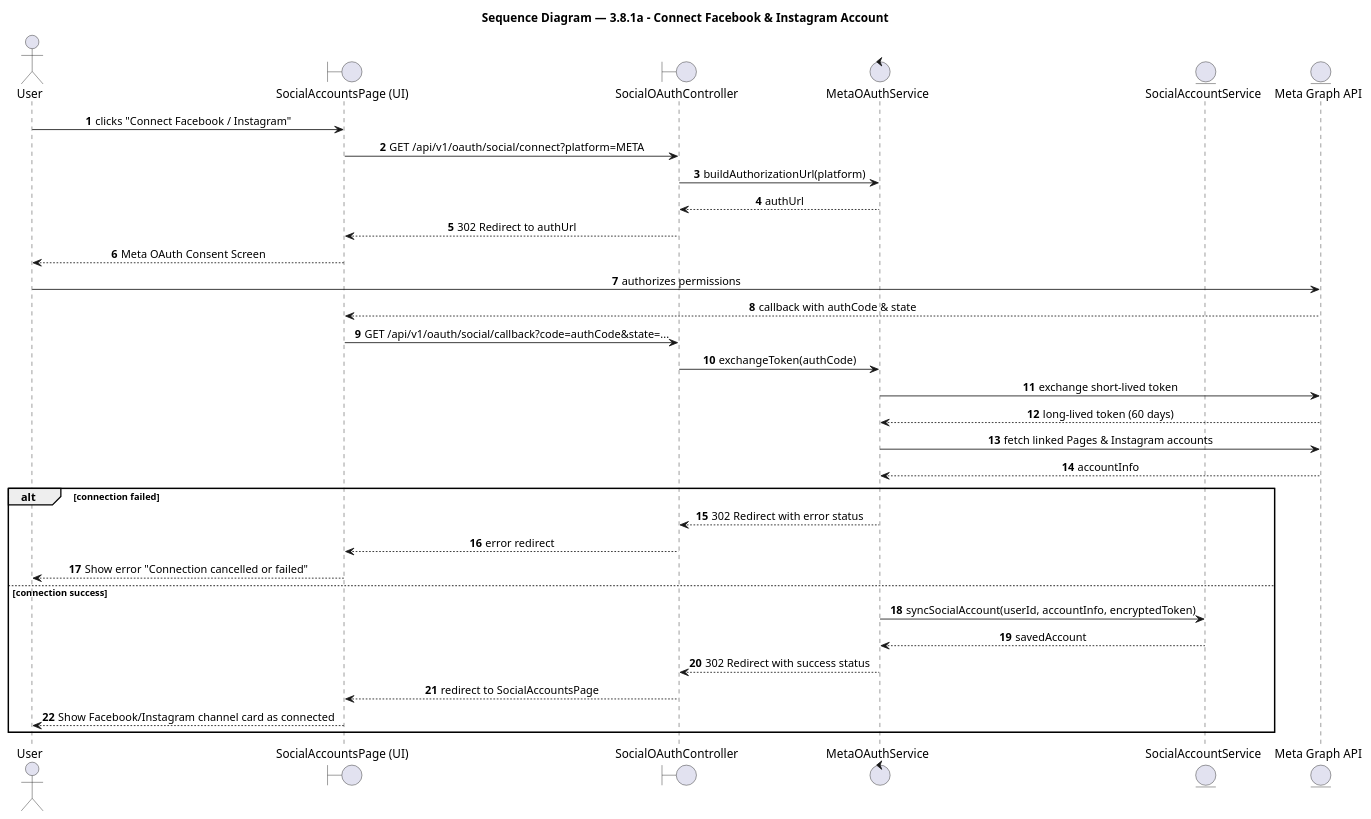
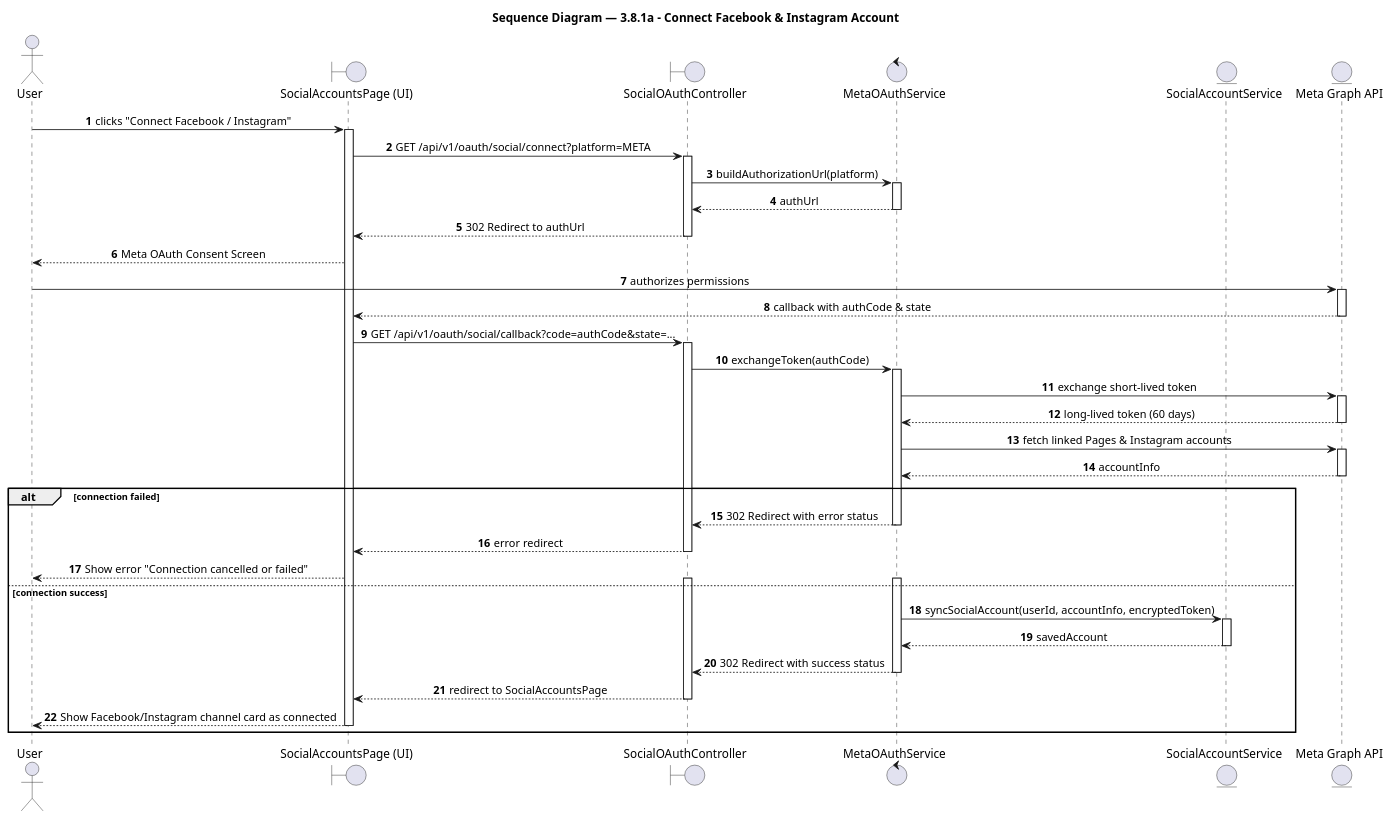
One commit to BrandHubOrganization/brandhub-infrastructure changed the diagram in docs/feature/publishing-social/3-8-1a-connect-facebook-instagram/report4_sequence.puml. Above: the diagram before and after it, drawn with PlantUML. The commit also changed 149 other files, not shown here.

Commit message:
docs(sequence): fix activation bars across all sequence diagrams according to UML 2.5 rules

```diff
--- a/docs/feature/publishing-social/3-8-1a-connect-facebook-instagram/report4_sequence.puml
+++ b/docs/feature/publishing-social/3-8-1a-connect-facebook-instagram/report4_sequence.puml
@@ -1,46 +1,68 @@
 @startuml 3.8.1a - Connect Facebook & Instagram Account
 title Sequence Diagram — 3.8.1a - Connect Facebook & Instagram Account
 
 autonumber
 skinparam shadowing false
 skinparam sequenceMessageAlign center
 
 ' === Participants ===
 actor "User" as user
 boundary "SocialAccountsPage (UI)" as ui
 boundary "SocialOAuthController" as ctrl
 control "MetaOAuthService" as oauthSvc
 entity "SocialAccountService" as accountSvc
 entity "Meta Graph API" as metaApi
 
 ' === Flow ===
 user -> ui: clicks "Connect Facebook / Instagram"
+activate ui
 ui -> ctrl: GET /api/v1/oauth/social/connect?platform=META
+activate ctrl
 ctrl -> oauthSvc: buildAuthorizationUrl(platform)
+activate oauthSvc
 oauthSvc --> ctrl: authUrl
+deactivate oauthSvc
 ctrl --> ui: 302 Redirect to authUrl
+deactivate ctrl
 ui --> user: Meta OAuth Consent Screen
 
 user -> metaApi: authorizes permissions
+activate metaApi
 metaApi --> ui: callback with authCode & state
+deactivate metaApi
 
 ui -> ctrl: GET /api/v1/oauth/social/callback?code=authCode&state=...
+activate ctrl
 ctrl -> oauthSvc: exchangeToken(authCode)
+activate oauthSvc
 oauthSvc -> metaApi: exchange short-lived token
+activate metaApi
 metaApi --> oauthSvc: long-lived token (60 days)
+deactivate metaApi
 oauthSvc -> metaApi: fetch linked Pages & Instagram accounts
+activate metaApi
 metaApi --> oauthSvc: accountInfo
+deactivate metaApi
 
 alt connection failed
   oauthSvc --> ctrl: 302 Redirect with error status
+  deactivate oauthSvc
   ctrl --> ui: error redirect
+  deactivate ctrl
   ui --> user: Show error "Connection cancelled or failed"
 else connection success
+  activate oauthSvc
+  activate ctrl
   oauthSvc -> accountSvc: syncSocialAccount(userId, accountInfo, encryptedToken)
+  activate accountSvc
   accountSvc --> oauthSvc: savedAccount
+  deactivate accountSvc
   oauthSvc --> ctrl: 302 Redirect with success status
+  deactivate oauthSvc
   ctrl --> ui: redirect to SocialAccountsPage
+  deactivate ctrl
   ui --> user: Show Facebook/Instagram channel card as connected
+  deactivate ui
 end
 
 @enduml
```
